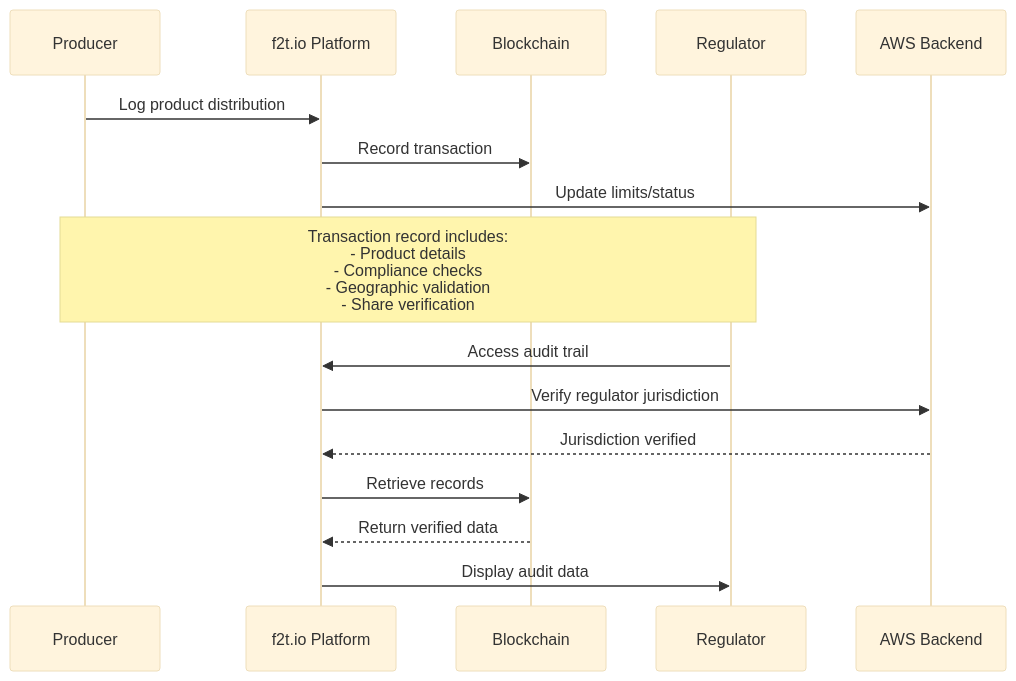
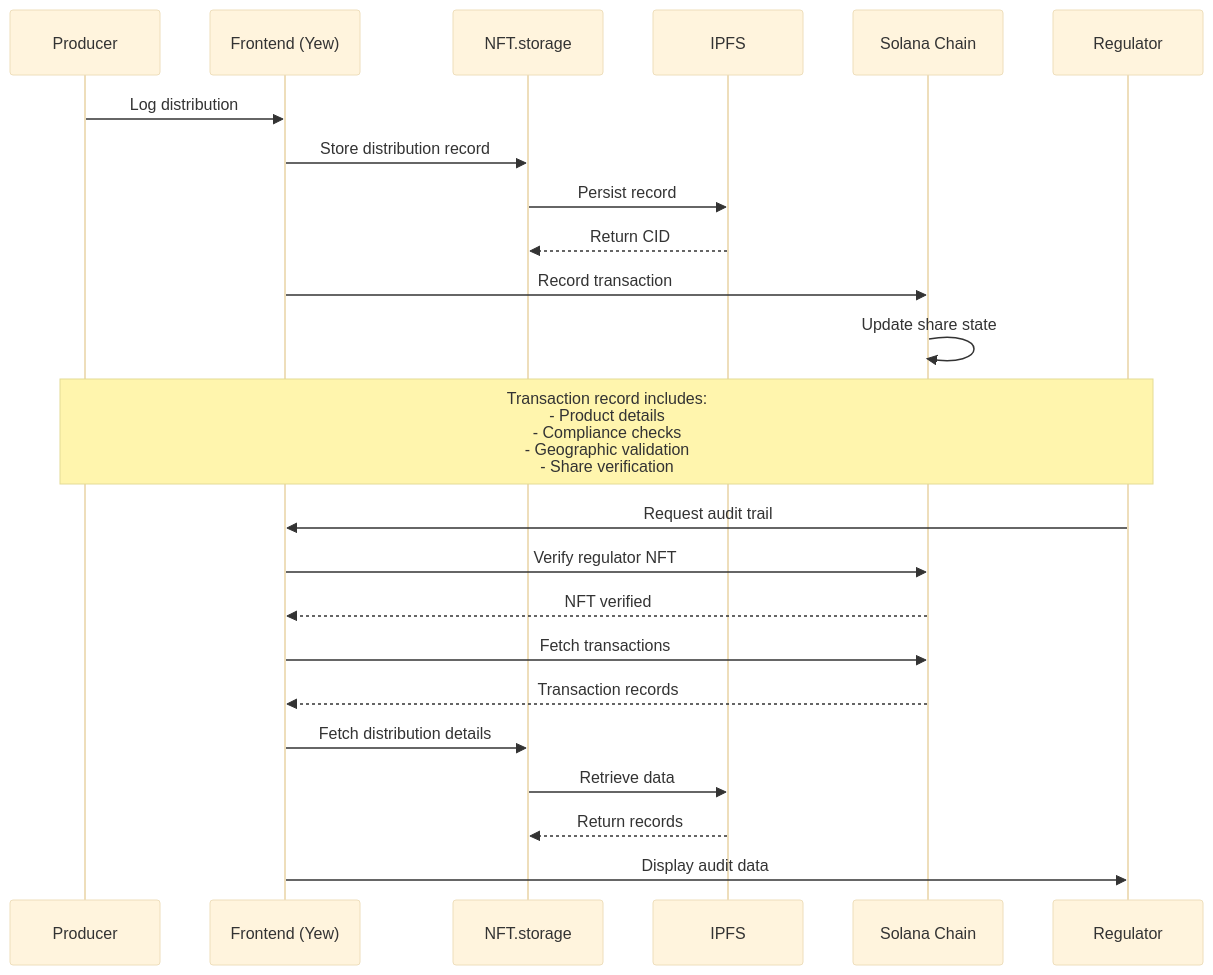
One commit to DegenVets/f2t changed the diagram in docs/mermaid/compliance.mmd. Above: the diagram before and after it, drawn with Mermaid (base theme). The commit also changed 5 other files, not shown here.

```diff
--- a/docs/mermaid/compliance.mmd
+++ b/docs/mermaid/compliance.mmd
@@ -1,19 +1,26 @@
 sequenceDiagram
     participant P as Producer
-    participant F as f2t.io Platform
-    participant B as Blockchain
+    participant F as Frontend (Yew)
+    participant S as NFT.storage
+    participant I as IPFS
+    participant B as Solana Chain
     participant R as Regulator
-    participant AWS as AWS Backend
     
-    P->>F: Log product distribution
+    P->>F: Log distribution
+    F->>S: Store distribution record
+    S->>I: Persist record
+    I-->>S: Return CID
     F->>B: Record transaction
-    F->>AWS: Update limits/status
+    B->>B: Update share state
     
     Note over P,R: Transaction record includes:<br/>- Product details<br/>- Compliance checks<br/>- Geographic validation<br/>- Share verification
     
-    R->>F: Access audit trail
-    F->>AWS: Verify regulator jurisdiction
-    AWS-->>F: Jurisdiction verified
-    F->>B: Retrieve records
-    B-->>F: Return verified data
+    R->>F: Request audit trail
+    F->>B: Verify regulator NFT
+    B-->>F: NFT verified
+    F->>B: Fetch transactions
+    B-->>F: Transaction records
+    F->>S: Fetch distribution details
+    S->>I: Retrieve data
+    I-->>S: Return records
     F->>R: Display audit data
```
